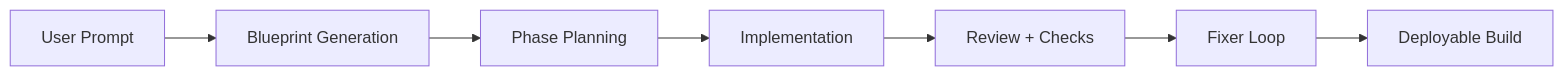
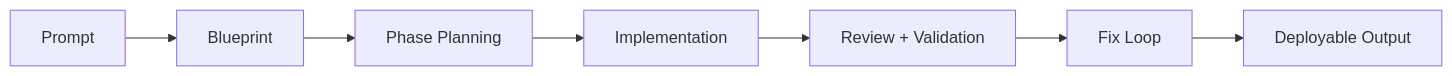
Before and after one commit to johnxie/awesome-code-docs: the diagram in tutorials/vibesdk-tutorial/03-ai-pipeline-and-phase-engine.md, drawn with Mermaid. The commit also changed other lines of this file and 7 other files, not shown here.

Commit message:
docs: deepen VibeSDK chapters with architecture and ops detail (#70)

````diff
--- a/tutorials/vibesdk-tutorial/03-ai-pipeline-and-phase-engine.md
+++ b/tutorials/vibesdk-tutorial/03-ai-pipeline-and-phase-engine.md
@@ -14,9 +14,9 @@
 ```mermaid
 graph LR
-    P[User Prompt] --> B[Blueprint Generation]
+    P[Prompt] --> B[Blueprint]
     B --> G[Phase Planning]
     G --> I[Implementation]
-    I --> R[Review + Checks]
-    R --> F[Fixer Loop]
-    F --> D[Deployable Build]
+    I --> R[Review + Validation]
+    R --> F[Fix Loop]
+    F --> D[Deployable Output]
 ```
````
